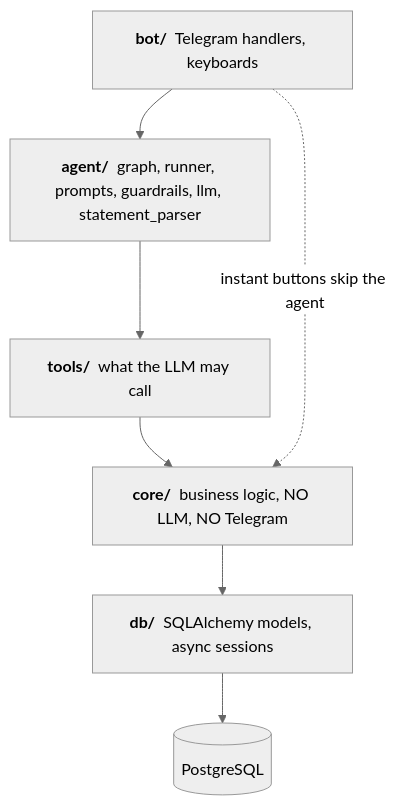
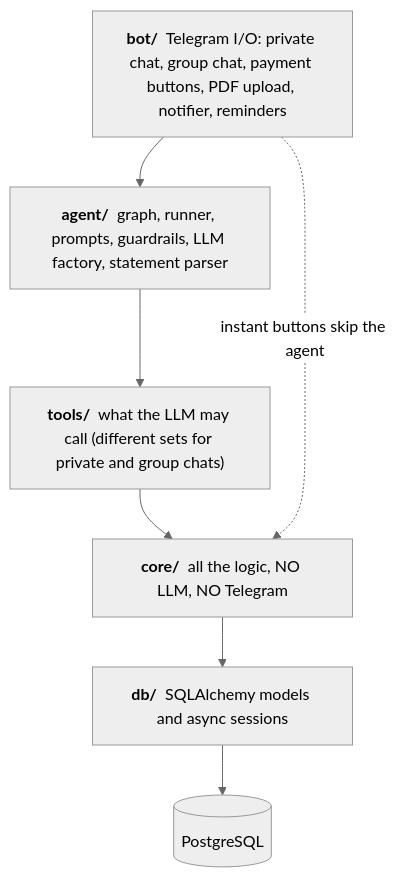
The second of 5 diagrams in docs/ARCHITECTURE.md (yeturu-surya-fission/Expense_Tracker), drawn with Mermaid (neutral theme) before and after one commit. The commit also changed other lines of this file and 3 other files, not shown here.

Commit message:
state diagram added

````diff
--- a/docs/ARCHITECTURE.md
+++ b/docs/ARCHITECTURE.md
@@ -46,12 +54,12 @@
 ```mermaid
 flowchart TB
-    L1["<b>bot/</b>  Telegram handlers, keyboards"]
-    L2["<b>agent/</b>  graph, runner, prompts, guardrails, llm, statement_parser"]
-    L3["<b>tools/</b>  what the LLM may call"]
-    L4["<b>core/</b>  business logic, NO LLM, NO Telegram"]
-    L5["<b>db/</b>  SQLAlchemy models, async sessions"]
+    L1["<b>bot/</b>  Telegram I/O: private chat, group chat, payment buttons, PDF upload, notifier, reminders"]
+    L2["<b>agent/</b>  graph, runner, prompts, guardrails, LLM factory, statement parser"]
+    L3["<b>tools/</b>  what the LLM may call (different sets for private and group chats)"]
+    L4["<b>core/</b>  all the logic, NO LLM, NO Telegram"]
+    L5["<b>db/</b>  SQLAlchemy models and async sessions"]
     L6[("PostgreSQL")]
 
     L1 --> L2 --> L3 --> L4 --> L5 --> L6
     L1 -.->|"instant buttons skip the agent"| L4
 ```
````
